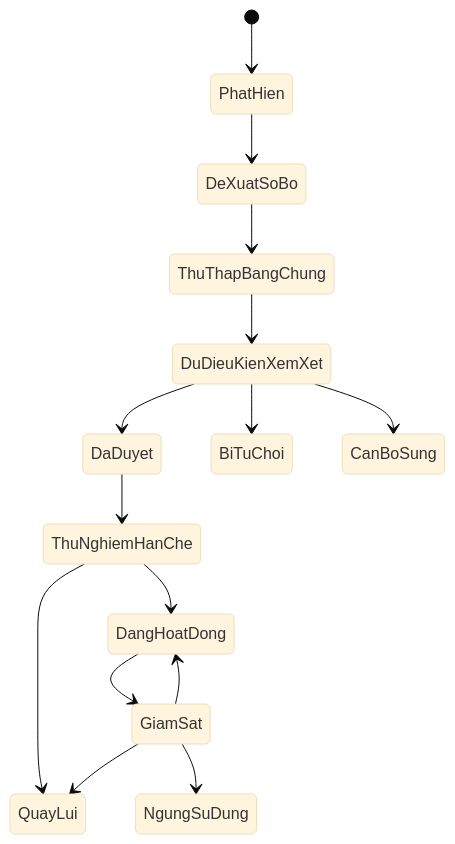
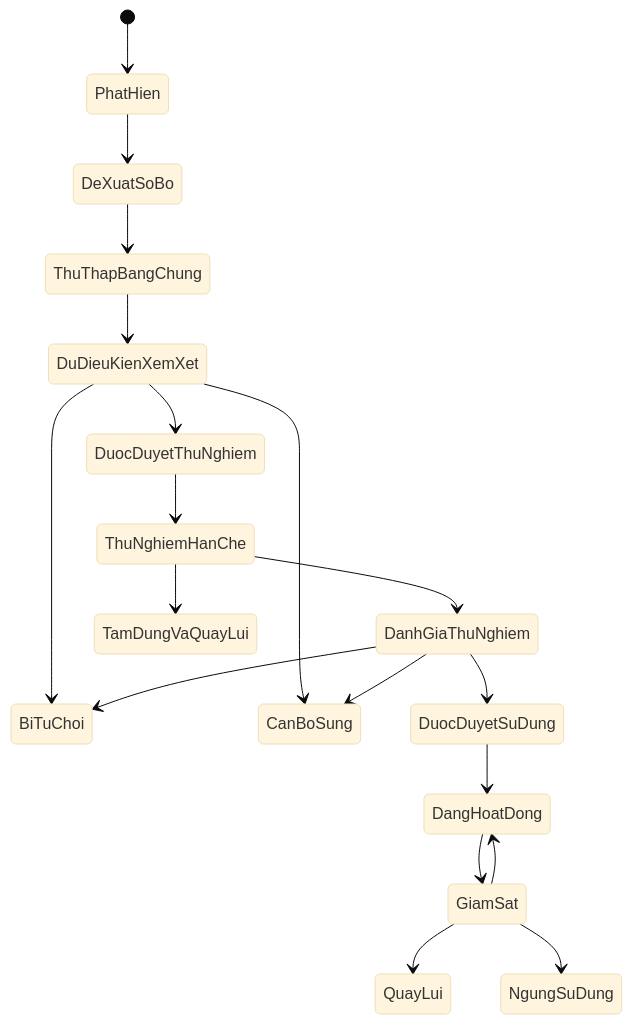
The third of 3 diagrams in docs/superpowers/specs/2026-07-18-khung-tu-van-san-pham-thich-nghi-design.md (hoangvantuan/vaic_thancotong), drawn with Mermaid (base theme) before and after one commit. The commit also changed other lines of this file, not shown here.

````diff
--- a/docs/superpowers/specs/2026-07-18-khung-tu-van-san-pham-thich-nghi-design.md
+++ b/docs/superpowers/specs/2026-07-18-khung-tu-van-san-pham-thich-nghi-design.md
@@ -246,17 +566,21 @@
 ```mermaid
 stateDiagram-v2
     [*] --> PhatHien
     PhatHien --> DeXuatSoBo
     DeXuatSoBo --> ThuThapBangChung
     ThuThapBangChung --> DuDieuKienXemXet
-    DuDieuKienXemXet --> DaDuyet
+    DuDieuKienXemXet --> DuocDuyetThuNghiem
     DuDieuKienXemXet --> BiTuChoi
     DuDieuKienXemXet --> CanBoSung
-    DaDuyet --> ThuNghiemHanChe
-    ThuNghiemHanChe --> DangHoatDong
-    ThuNghiemHanChe --> QuayLui
+    DuocDuyetThuNghiem --> ThuNghiemHanChe
+    ThuNghiemHanChe --> DanhGiaThuNghiem
+    ThuNghiemHanChe --> TamDungVaQuayLui
+    DanhGiaThuNghiem --> DuocDuyetSuDung
+    DanhGiaThuNghiem --> CanBoSung
+    DanhGiaThuNghiem --> BiTuChoi
+    DuocDuyetSuDung --> DangHoatDong
     DangHoatDong --> GiamSat
     GiamSat --> DangHoatDong
     GiamSat --> QuayLui
     GiamSat --> NgungSuDung
 ```
````
